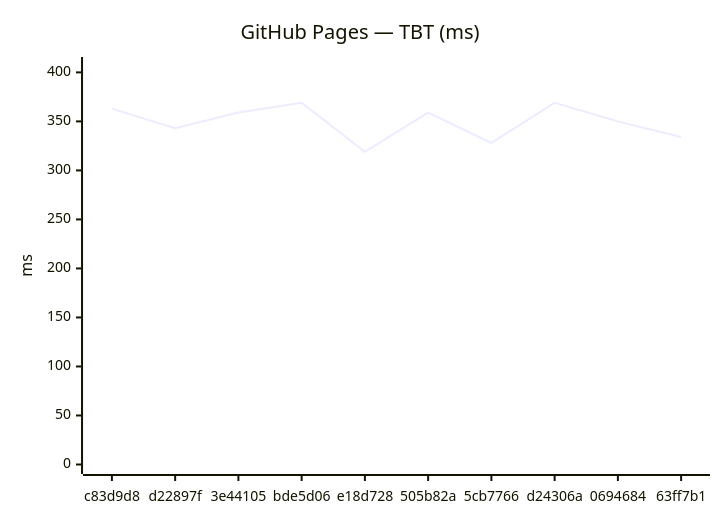
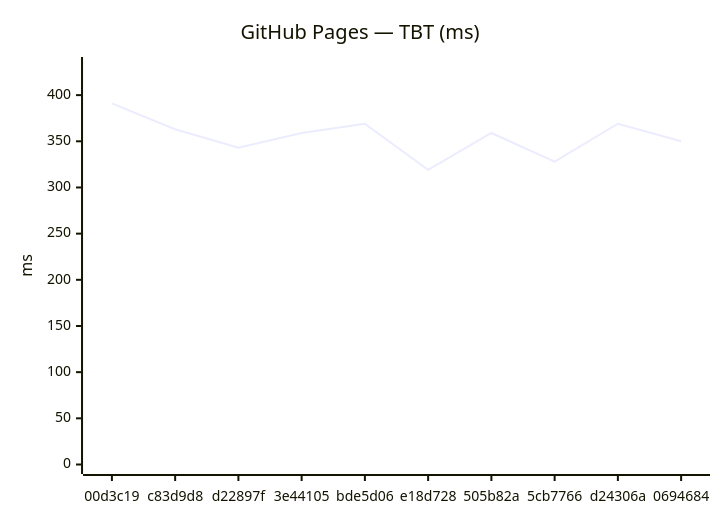
Before and after one commit to Metaheurist/Rianell: the fourth of 18 diagrams in benchmarks/compare.md, drawn with Mermaid. The commit also changed other lines of this file and 11 other files, not shown here.

````diff
--- a/benchmarks/compare.md
+++ b/benchmarks/compare.md
@@ -61,7 +61,7 @@
 ```mermaid
 xychart-beta
     title "GitHub Pages — TBT (ms)"
-    x-axis ["c83d9d8", "d22897f", "3e44105", "bde5d06", "e18d728", "505b82a", "5cb7766", "d24306a", "0694684", "63ff7b1"]
-    y-axis "ms" 0 --> 406
-    line [363, 343, 359, 369, 319, 359, 328, 369, 350, 334]
+    x-axis ["00d3c19", "c83d9d8", "d22897f", "3e44105", "bde5d06", "e18d728", "505b82a", "5cb7766", "d24306a", "0694684"]
+    y-axis "ms" 0 --> 431
+    line [391, 363, 343, 359, 369, 319, 359, 328, 369, 350]
 ```
````
